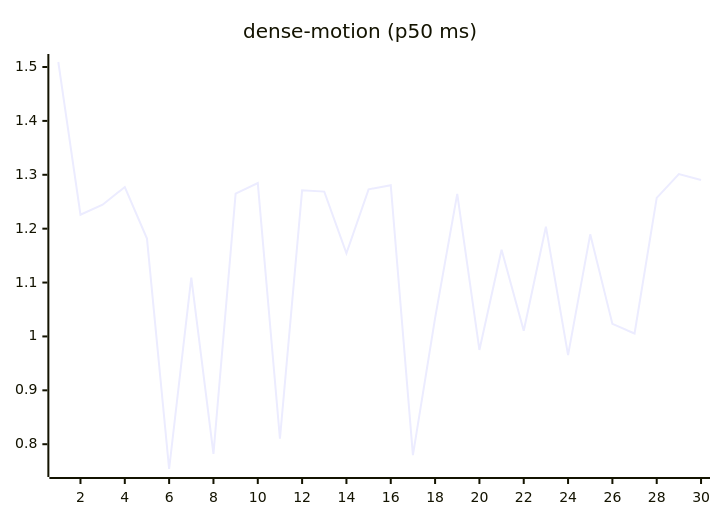
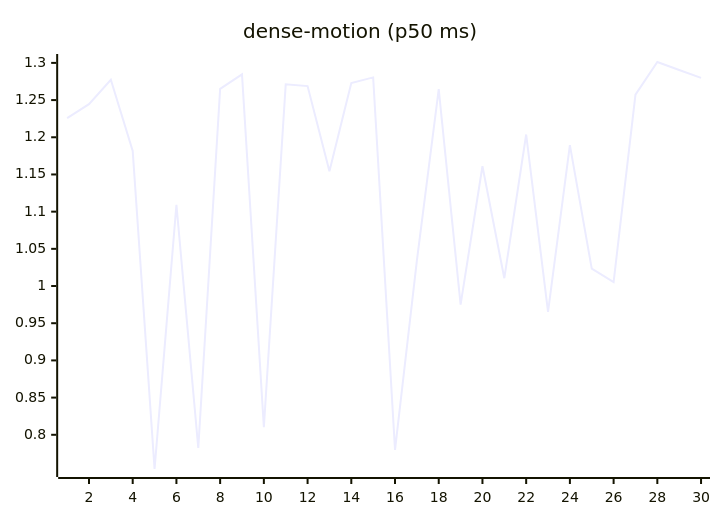
Before and after one commit to josha/Facet: the ninth of 27 diagrams in README.md, drawn with Mermaid. The commit also changed other lines of this file and 2 other files, not shown here.

````diff
--- a/README.md
+++ b/README.md
@@ -119,6 +119,6 @@
 ```mermaid
 xychart-beta
     title "dense-motion (p50 ms)"
     x-axis 1 --> 30
-    line [1.5093, 1.2258, 1.2445, 1.2773, 1.1817, 0.7540, 1.1093, 0.7822, 1.2651, 1.2846, 0.8102, 1.2712, 1.2688, 1.1544, 1.2730, 1.2805, 0.7796, 1.0341, 1.2646, 0.9749, 1.1610, 1.0105, 1.2037, 0.9653, 1.1895, 1.0233, 1.0054, 1.2572, 1.3012, 1.2904]
+    line [1.2258, 1.2445, 1.2773, 1.1817, 0.7540, 1.1093, 0.7822, 1.2651, 1.2846, 0.8102, 1.2712, 1.2688, 1.1544, 1.2730, 1.2805, 0.7796, 1.0341, 1.2646, 0.9749, 1.1610, 1.0105, 1.2037, 0.9653, 1.1895, 1.0233, 1.0054, 1.2572, 1.3012, 1.2904, 1.2798]
 ```
````
